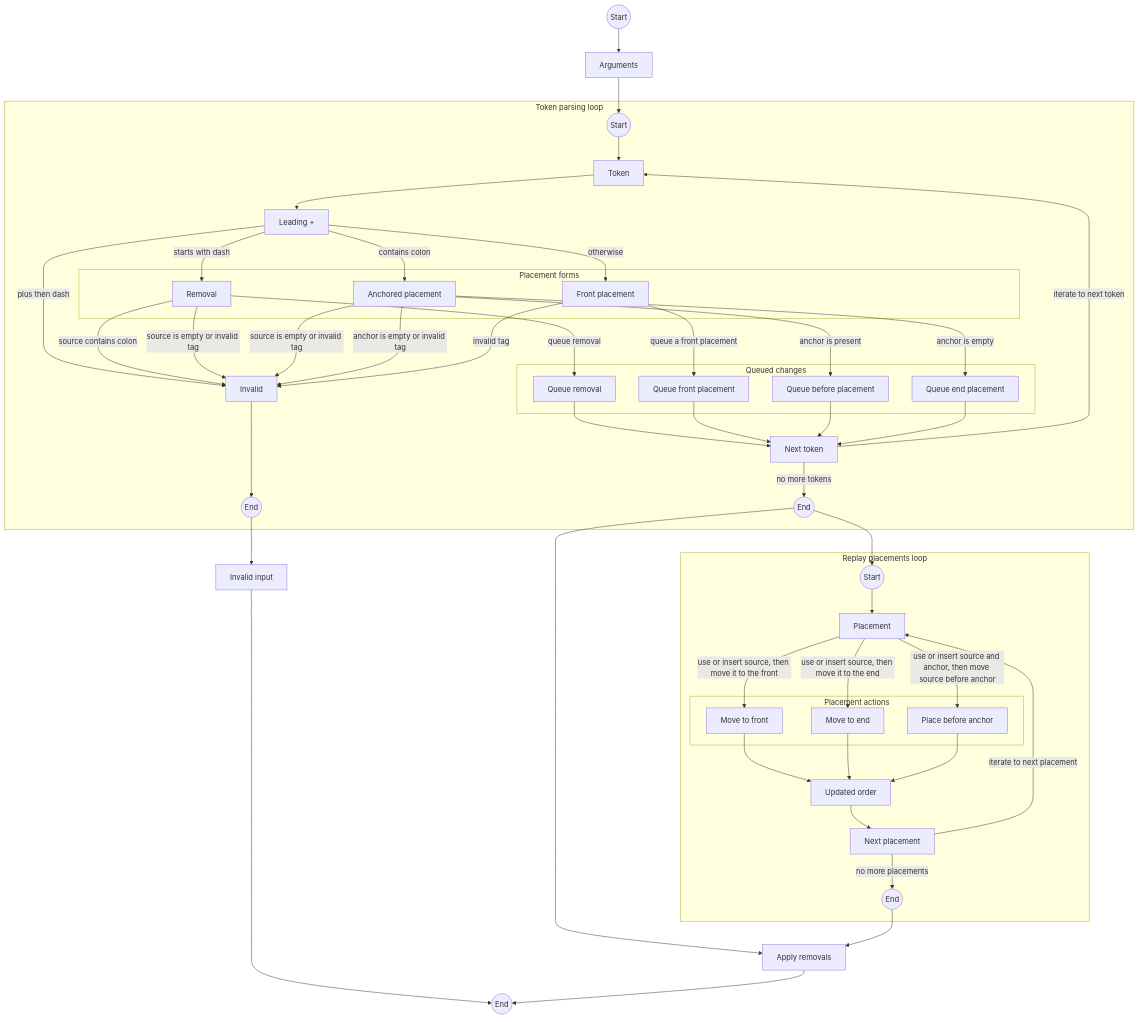
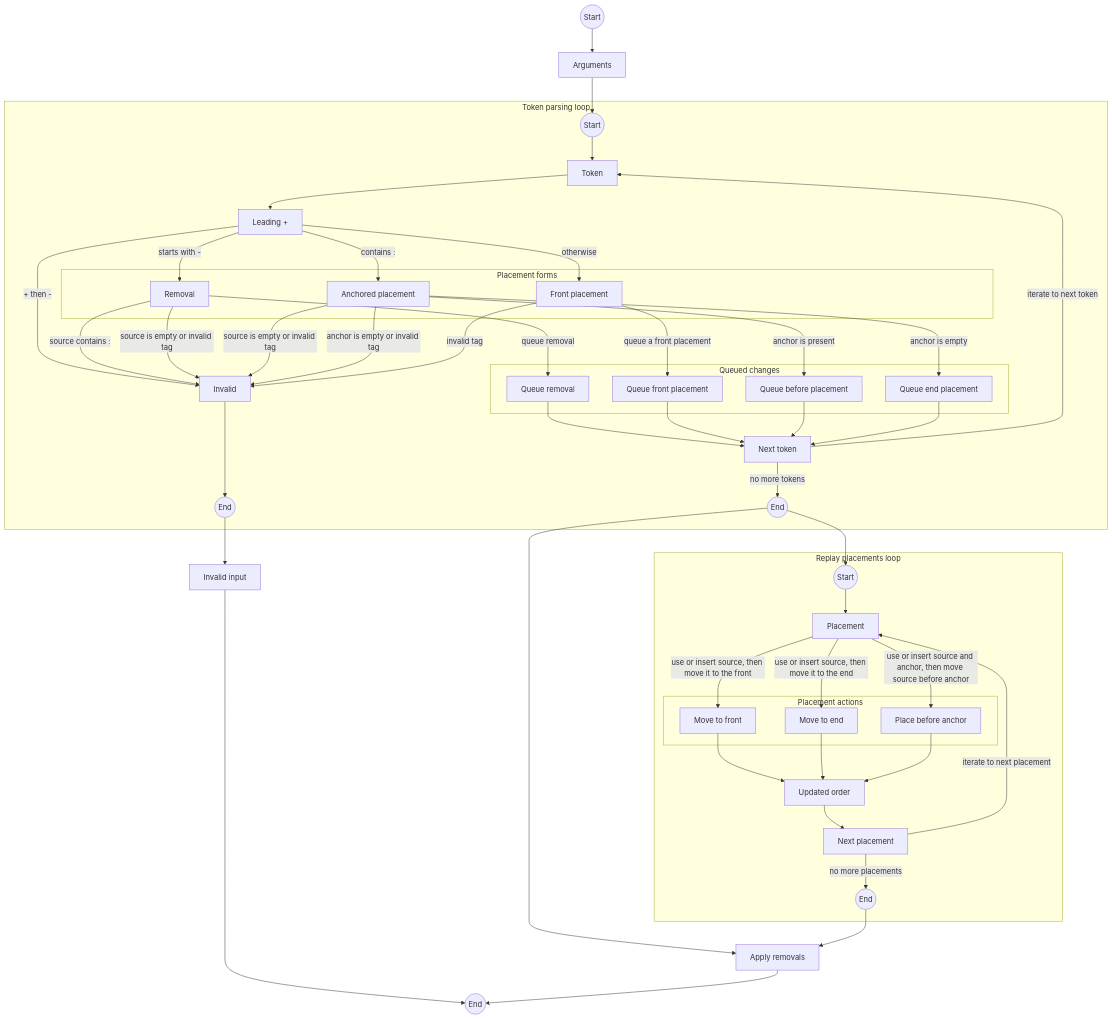
Before and after one commit to Glutexo/macos-language-manager: the diagram in docs/macos-language-manager.md, drawn with Mermaid.

Commit message:
Use symbolic parser labels in diagram

````diff
--- a/docs/macos-language-manager.md
+++ b/docs/macos-language-manager.md
@@ -228,80 +228,80 @@
 ```mermaid
 flowchart TD
     Start((Start)) --> Arguments[Arguments]
     Arguments --> TokenLoopStart
 
     subgraph TokenParsing["Token parsing loop"]
         TokenLoopStart((Start)) --> Token[Token]
         Token[Token] --> LeadingPlus[Leading +]
 
         subgraph PlacementForms["Placement forms"]
             Removal[Removal]
             AnchoredPlacement[Anchored placement]
             FrontPlacement[Front placement]
         end
 
         subgraph QueuedChanges["Queued changes"]
             QueueRemoval[Queue removal]
             QueueFront[Queue front placement]
             QueueBefore[Queue before placement]
             QueueEnd[Queue end placement]
         end
 
-        LeadingPlus -- plus then dash --> Invalid[Invalid]
-        LeadingPlus -- starts with dash --> Removal
-        LeadingPlus -- contains colon --> AnchoredPlacement
+        LeadingPlus -- + then - --> Invalid[Invalid]
+        LeadingPlus -- starts with - --> Removal
+        LeadingPlus -- contains : --> AnchoredPlacement
         LeadingPlus -- otherwise --> FrontPlacement
 
-        Removal -- source contains colon --> Invalid
+        Removal -- source contains : --> Invalid
         Removal -- source is empty or invalid tag --> Invalid
         Removal -- queue removal --> QueueRemoval
 
         AnchoredPlacement -- source is empty or invalid tag --> Invalid
         AnchoredPlacement -- anchor is empty or invalid tag --> Invalid
         AnchoredPlacement -- anchor is empty --> QueueEnd
         AnchoredPlacement -- anchor is present --> QueueBefore
 
         FrontPlacement -- invalid tag --> Invalid
         FrontPlacement -- queue a front placement --> QueueFront
 
         QueueRemoval --> NextToken[Next token]
         QueueFront --> NextToken
         QueueBefore --> NextToken
         QueueEnd --> NextToken
 
         NextToken -- iterate to next token --> Token
         Invalid --> TokenLoopInvalidEnd((End))
         NextToken -- no more tokens --> TokenLoopDoneEnd((End))
     end
 
     TokenLoopInvalidEnd --> InvalidInput[Invalid input]
     InvalidInput --> End((End))
 
     TokenLoopDoneEnd --> ReplayLoopStart
     TokenLoopDoneEnd --> ApplyRemovals[Apply removals]
 
     subgraph Replay["Replay placements loop"]
         ReplayLoopStart((Start)) --> Placement[Placement]
 
         subgraph PlacementActions["Placement actions"]
             MoveToFront[Move to front]
             MoveToEnd[Move to end]
             PlaceBeforeAnchor[Place before anchor]
         end
 
         Placement -- use or insert source, then move it to the front --> MoveToFront
         Placement -- use or insert source, then move it to the end --> MoveToEnd
         Placement -- use or insert source and anchor, then move source before anchor --> PlaceBeforeAnchor
 
         MoveToFront --> UpdatedOrder[Updated order]
         MoveToEnd --> UpdatedOrder
         PlaceBeforeAnchor --> UpdatedOrder
 
         UpdatedOrder --> NextPlacement[Next placement]
         NextPlacement -- iterate to next placement --> Placement
         NextPlacement -- no more placements --> ReplayLoopEnd((End))
     end
 
     ReplayLoopEnd --> ApplyRemovals
     ApplyRemovals --> End
 ```
````
